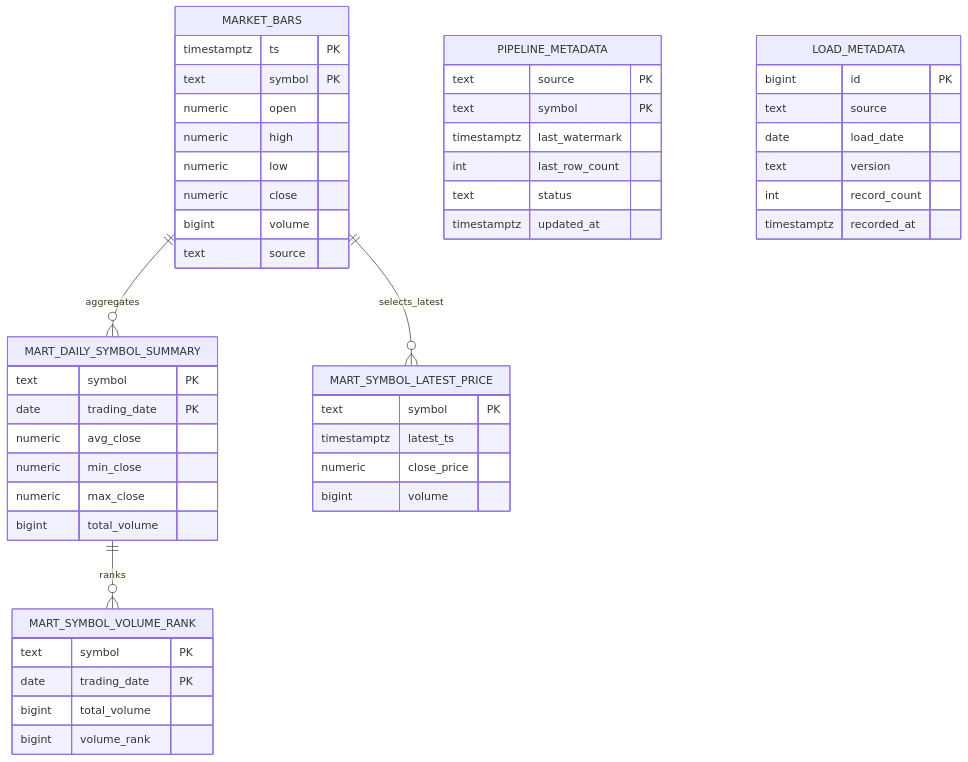
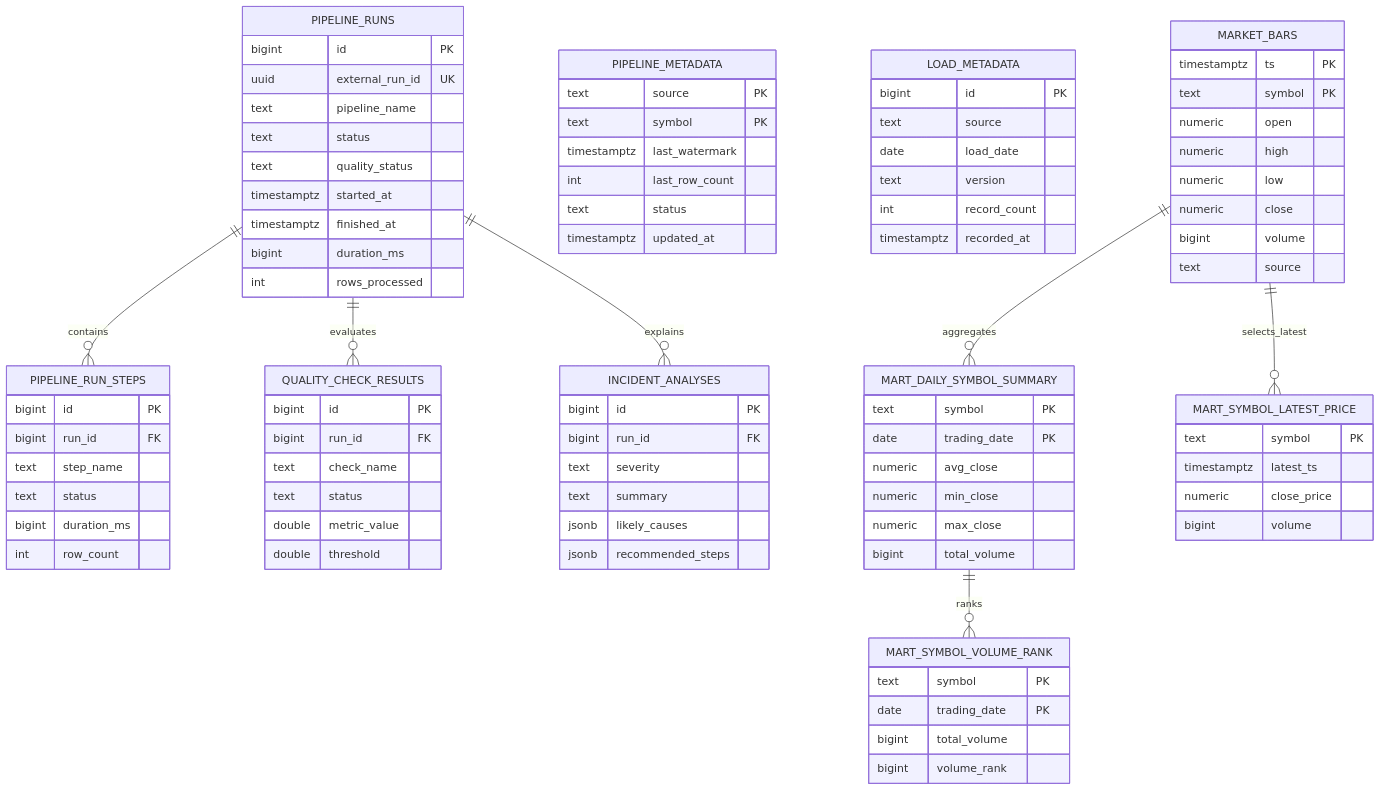
Before and after one commit to Ericliu-eng/de-lakehouse-pipeline: the diagram in docs/DATA_MODEL.md, drawn with Mermaid. The commit also changed other lines of this file and 5 other files, not shown here.

Commit message:
feat: add pipeline run observability persistence

````diff
--- a/docs/DATA_MODEL.md
+++ b/docs/DATA_MODEL.md
@@ -42,6 +47,41 @@
         int record_count
         timestamptz recorded_at
     }
+    PIPELINE_RUNS {
+        bigint id PK
+        uuid external_run_id UK
+        text pipeline_name
+        text status
+        text quality_status
+        timestamptz started_at
+        timestamptz finished_at
+        bigint duration_ms
+        int rows_processed
+    }
+    PIPELINE_RUN_STEPS {
+        bigint id PK
+        bigint run_id FK
+        text step_name
+        text status
+        bigint duration_ms
+        int row_count
+    }
+    QUALITY_CHECK_RESULTS {
+        bigint id PK
+        bigint run_id FK
+        text check_name
+        text status
+        double metric_value
+        double threshold
+    }
+    INCIDENT_ANALYSES {
+        bigint id PK
+        bigint run_id FK
+        text severity
+        text summary
+        jsonb likely_causes
+        jsonb recommended_steps
+    }
     MART_DAILY_SYMBOL_SUMMARY {
         text symbol PK
         date trading_date PK
@@ -66,4 +106,7 @@
     MARKET_BARS ||--o{ MART_DAILY_SYMBOL_SUMMARY : aggregates
     MARKET_BARS ||--o{ MART_SYMBOL_LATEST_PRICE : selects_latest
     MART_DAILY_SYMBOL_SUMMARY ||--o{ MART_SYMBOL_VOLUME_RANK : ranks
+    PIPELINE_RUNS ||--o{ PIPELINE_RUN_STEPS : contains
+    PIPELINE_RUNS ||--o{ QUALITY_CHECK_RESULTS : evaluates
+    PIPELINE_RUNS ||--o{ INCIDENT_ANALYSES : explains
 ```
````
